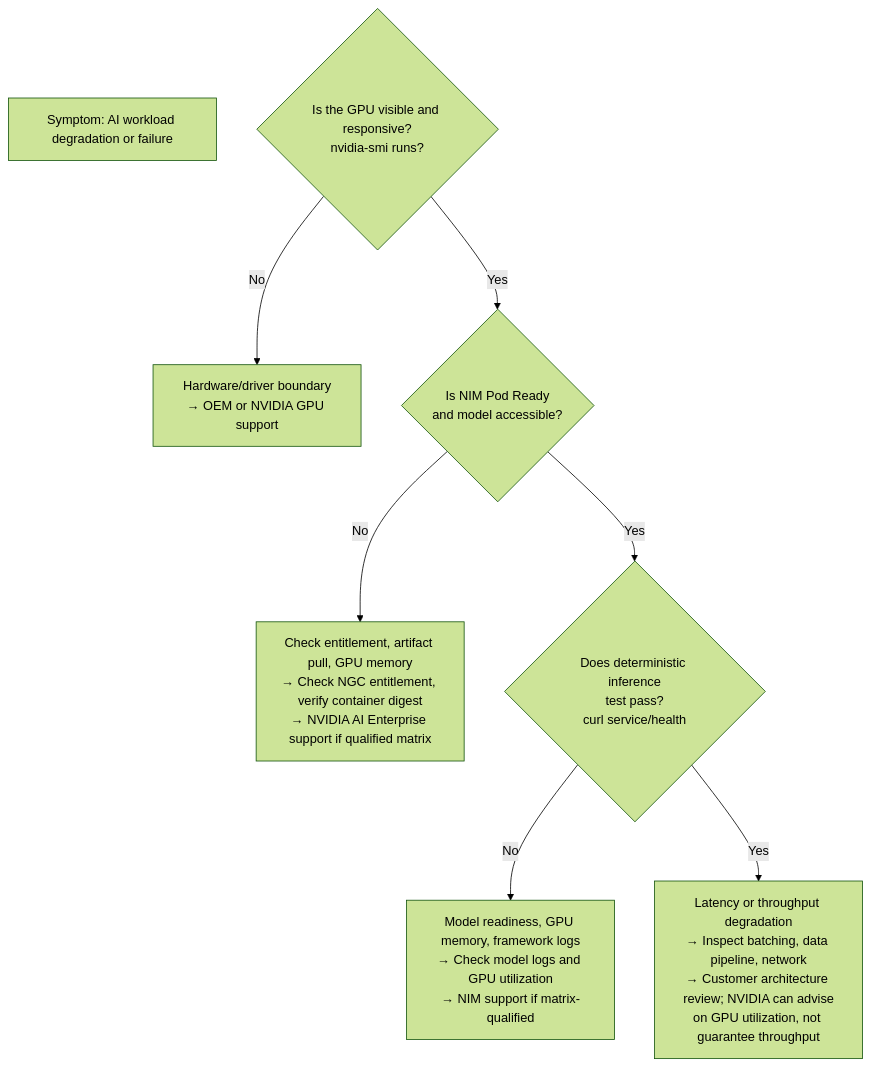
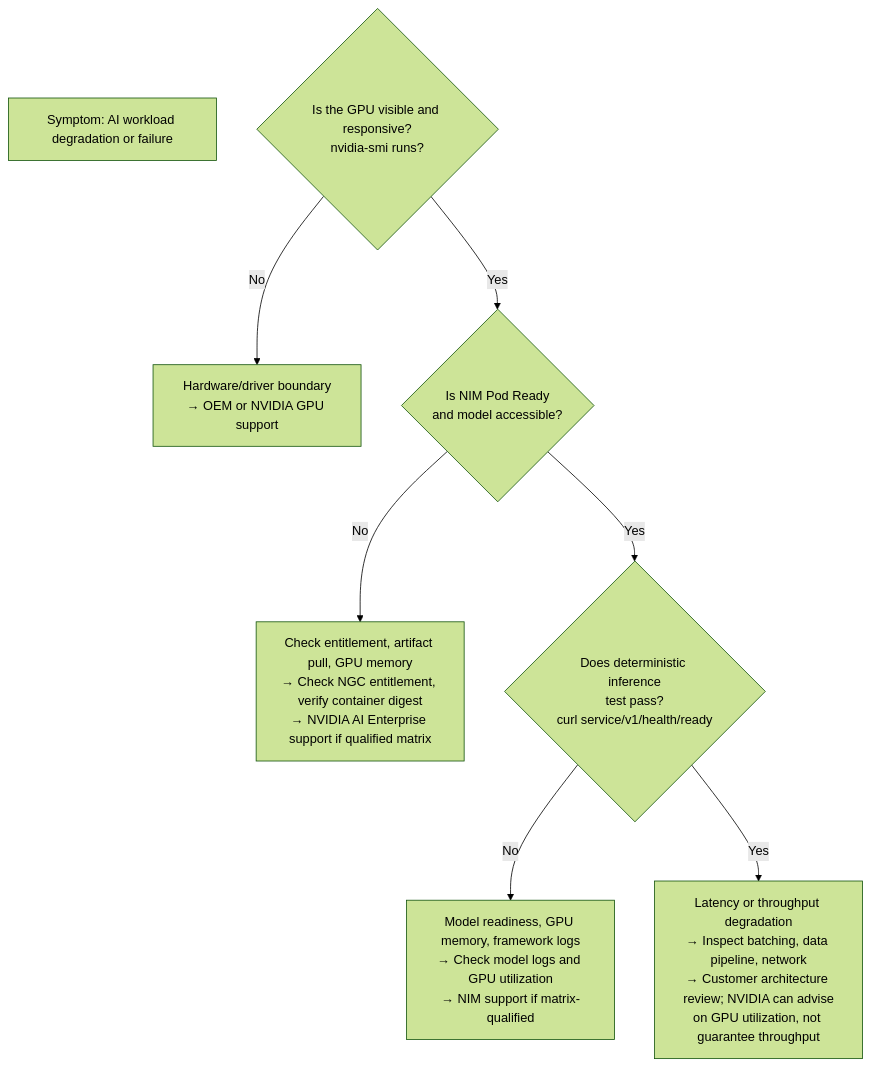
One commit to jithinpnjm/nvidia-devops changed the first of 3 diagrams in docs/nvidia-zero-to-hero/volume-14/chapter-02-platform-architecture-and-support-boundary.md. Above: the diagram before and after it, drawn with Mermaid (forest theme). The commit also changed 289 other files, not shown here.

````diff
--- a/docs/nvidia-zero-to-hero/volume-14/chapter-02-platform-architecture-and-support-boundary.md
+++ b/docs/nvidia-zero-to-hero/volume-14/chapter-02-platform-architecture-and-support-boundary.md
@@ -41,14 +41,14 @@
 ```mermaid
 flowchart TD
     Symptom["Symptom: AI workload degradation or failure"]
     
     GPU{Is the GPU visible and responsive?<br/>nvidia-smi runs?}
     GPU -->|No| HW["Hardware/driver boundary<br/>→ OEM or NVIDIA GPU support"]
     GPU -->|Yes| NIM{Is NIM Pod Ready<br/>and model accessible?}
     
     NIM -->|No| Ent["Check entitlement, artifact pull, GPU memory<br/>→ Check NGC entitlement, verify container digest<br/>→ NVIDIA AI Enterprise support if qualified matrix"]
-    NIM -->|Yes| App{Does deterministic inference<br/>test pass?<br/>curl service/health}
+    NIM -->|Yes| App{Does deterministic inference<br/>test pass?<br/>curl service/v1/health/ready}
     
     App -->|No| Nim2["Model readiness, GPU memory, framework logs<br/>→ Check model logs and GPU utilization<br/>→ NIM support if matrix-qualified"]
     App -->|Yes| Perf["Latency or throughput degradation<br/>→ Inspect batching, data pipeline, network<br/>→ Customer architecture review; NVIDIA can advise<br/>on GPU utilization, not guarantee throughput"]
 ```
````
